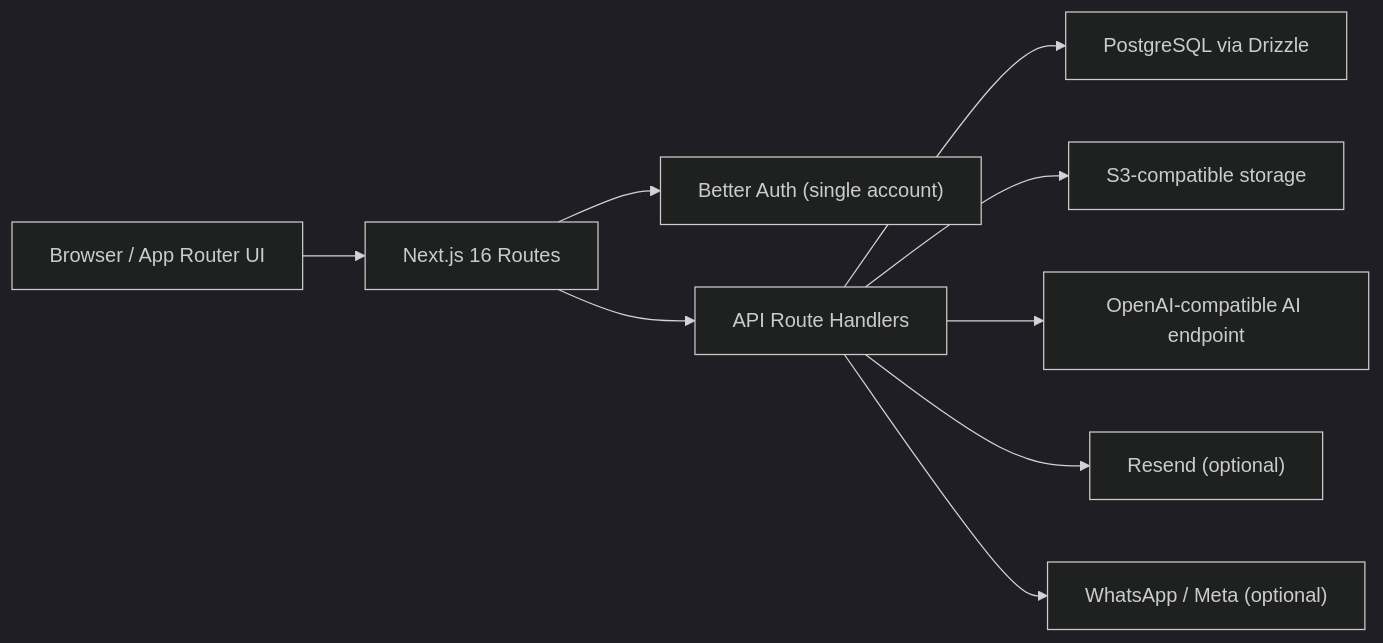
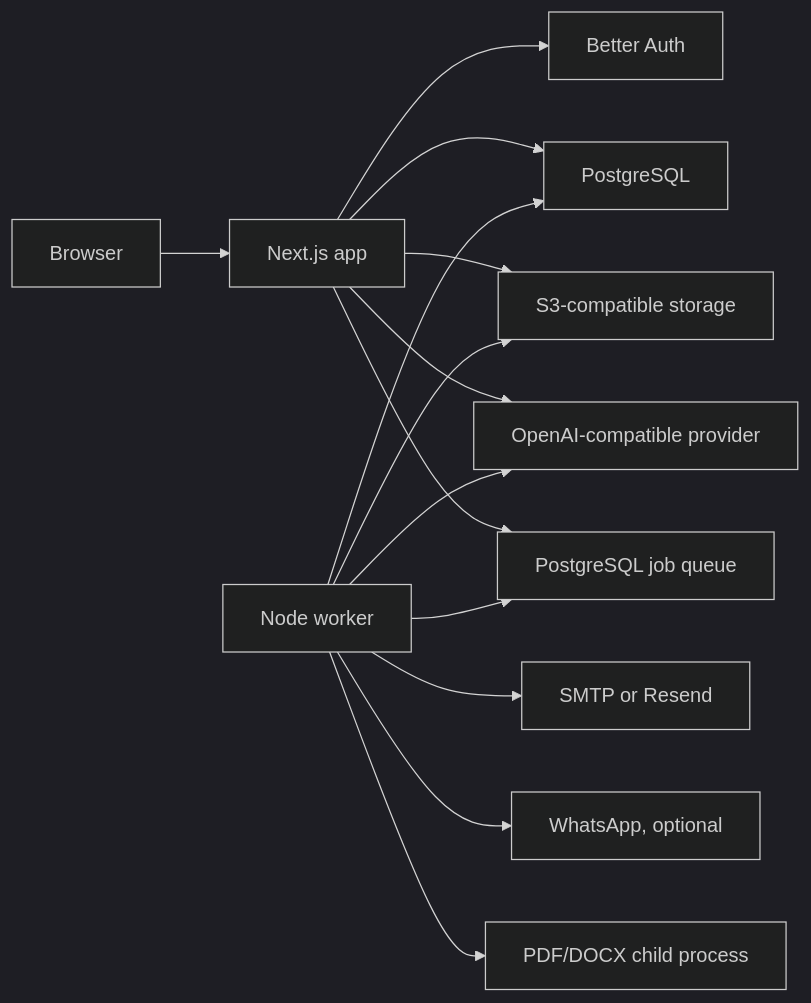
The diagram in docs/architecture.md (0xrama/startup-os), drawn with Mermaid (dark theme) before and after one commit. The commit also changed other lines of this file and 128 other files, not shown here.

````diff
--- a/docs/architecture.md
+++ b/docs/architecture.md
@@ -12,11 +12,16 @@
 ```mermaid
 flowchart LR
-  Browser["Browser / App Router UI"] --> Next["Next.js 16 Routes"]
-  Next --> Auth["Better Auth (single account)"]
-  Next --> API["API Route Handlers"]
-  API --> PG["PostgreSQL via Drizzle"]
-  API --> S3["S3-compatible storage"]
-  API --> AI["OpenAI-compatible AI endpoint"]
-  API --> Resend["Resend (optional)"]
-  API --> WhatsApp["WhatsApp / Meta (optional)"]
+  Browser["Browser"] --> Web["Next.js app"]
+  Web --> Auth["Better Auth"]
+  Web --> PG["PostgreSQL"]
+  Web --> S3["S3-compatible storage"]
+  Web --> AI["OpenAI-compatible provider"]
+  Web --> Queue["PostgreSQL job queue"]
+  Worker["Node worker"] --> Queue
+  Worker --> PG
+  Worker --> S3
+  Worker --> AI
+  Worker --> Email["SMTP or Resend"]
+  Worker --> WhatsApp["WhatsApp, optional"]
+  Worker --> Parser["PDF/DOCX child process"]
 ```
````
